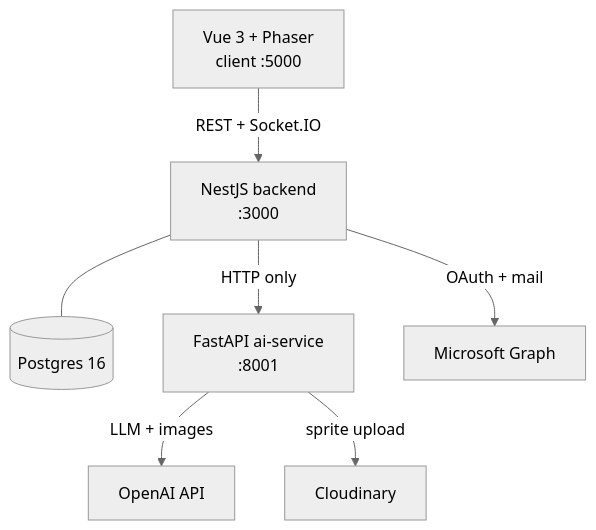
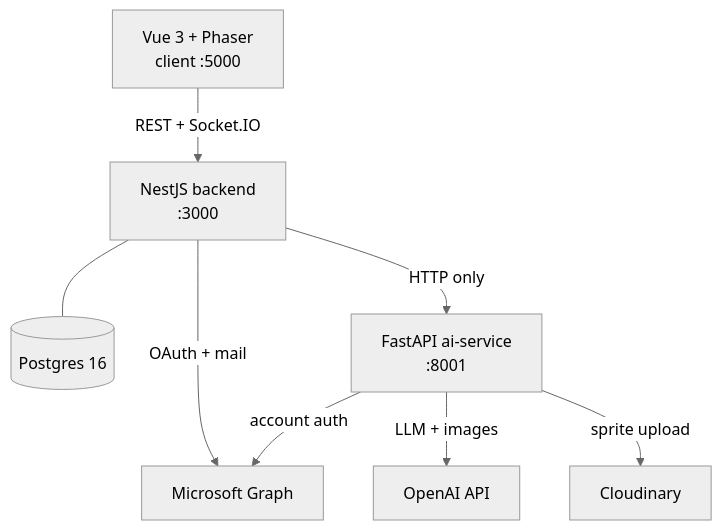
Before and after one commit to bobbykim89/POC-agentic-office: the first of 2 diagrams in docs/architecture.md, drawn with Mermaid (neutral theme). The commit also changed other lines of this file, not shown here.

First line of the commit message:
docs(architecture): fix false Graph and datastore claims

````diff
--- a/docs/architecture.md
+++ b/docs/architecture.md
@@ -18,17 +18,18 @@
 ```mermaid
 flowchart TB
     C["Vue 3 + Phaser<br/>client :5000"]
     B["NestJS backend<br/>:3000"]
     DB[("Postgres 16")]
     A["FastAPI ai-service<br/>:8001"]
     OAI["OpenAI API"]
     MS["Microsoft Graph"]
     CL["Cloudinary"]
 
     C -->|"REST + Socket.IO"| B
     B -->|"HTTP only"| A
     B --- DB
     B -->|"OAuth + mail"| MS
+    A -->|"account auth"| MS
     A -->|"LLM + images"| OAI
     A -->|"sprite upload"| CL
 ```
````
